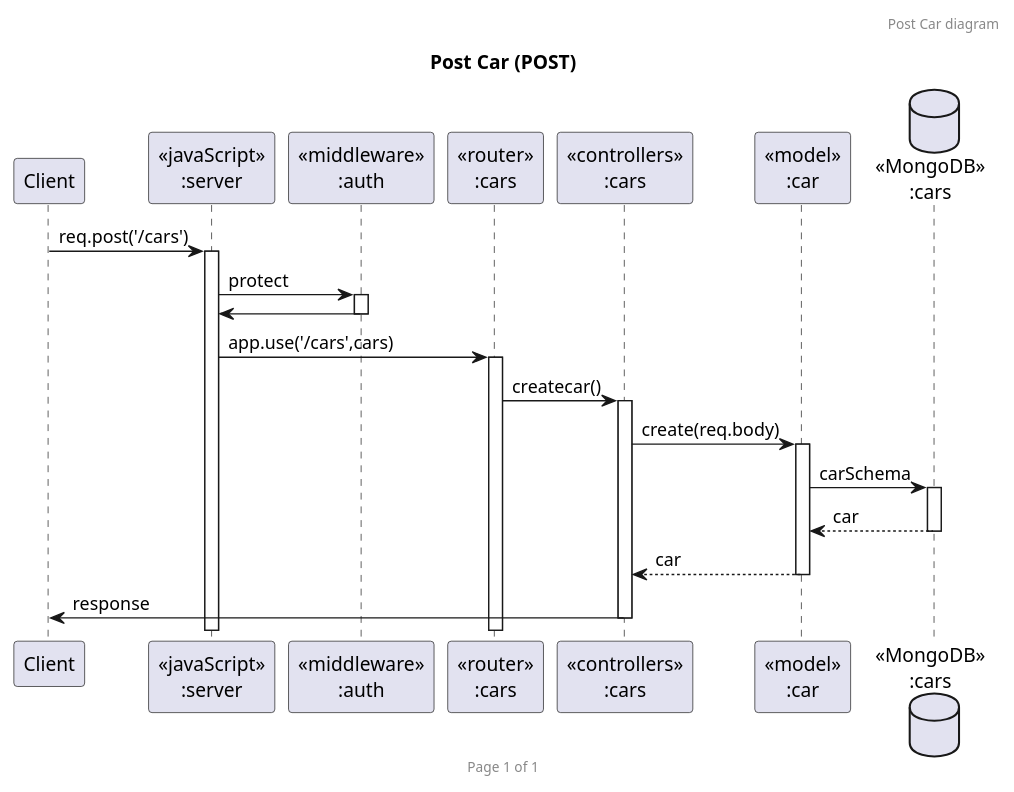
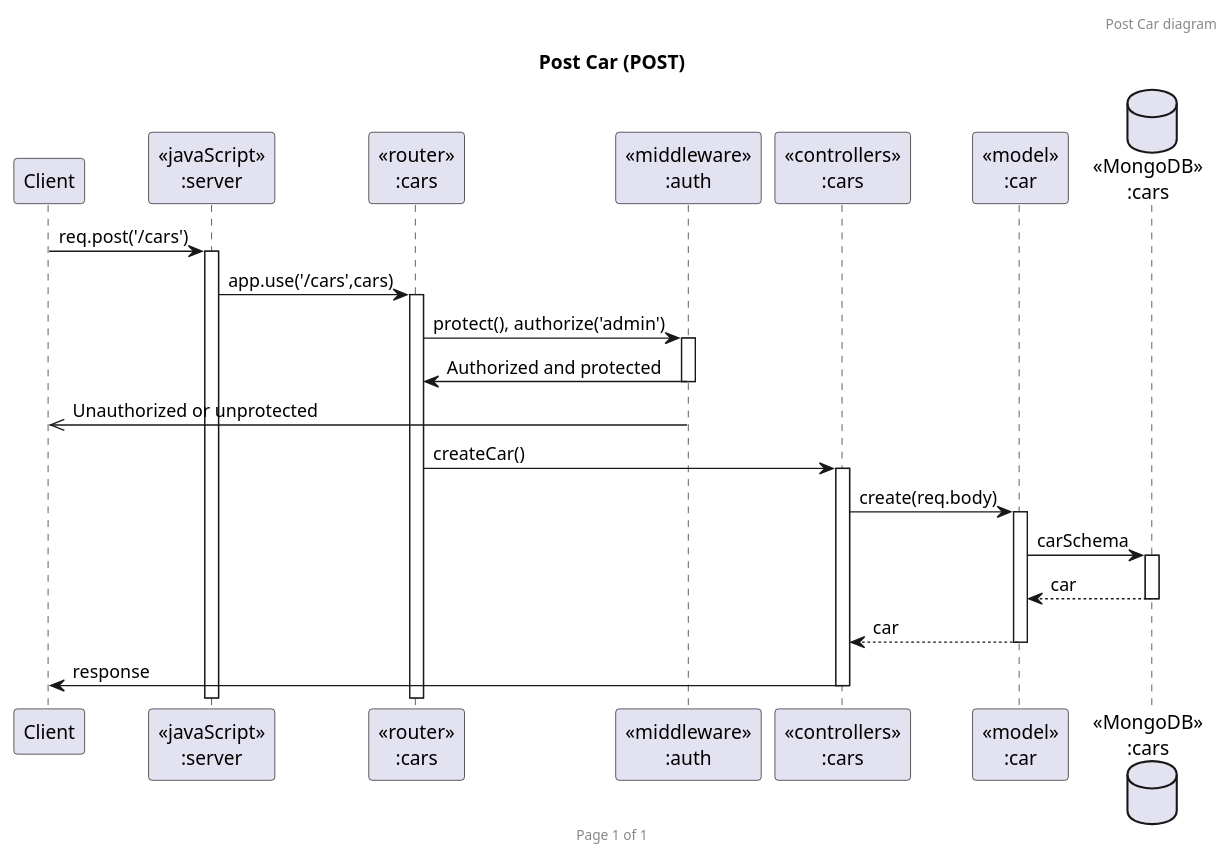
One commit to 2110503TACEDT66/presentation-day-1-samrongsquad changed the diagram in Puml/PostCar.puml. Above: the diagram before and after it, drawn with PlantUML. The commit also changed 9 other files, not shown here.

```diff
--- a/Puml/PostCar.puml
+++ b/Puml/PostCar.puml
@@ -1,26 +1,27 @@
 @startuml Post Car (POST)
 
 header Post Car diagram
 footer Page %page% of %lastpage%
 title "Post Car (POST)"
 
 participant "Client" as client
 participant "<<javaScript>>\n:server" as server
+participant "<<router>>\n:cars" as routercars
 participant "<<middleware>>\n:auth" as middlewareAuth
-participant "<<router>>\n:cars" as routercars
 participant "<<controllers>>\n:cars" as controllerscars
 participant "<<model>>\n:car" as modelcar
 database "<<MongoDB>>\n:cars" as carsDatabase
 
 client->server ++:req.post('/cars')
-server->middlewareAuth ++: protect
-middlewareAuth -> server --:
 server->routercars ++:app.use('/cars',cars)
-routercars -> controllerscars ++:createcar()
+routercars->middlewareAuth ++: protect(), authorize('admin')
+middlewareAuth->routercars --: Authorized and protected
+middlewareAuth ->> client --: Unauthorized or unprotected
+routercars -> controllerscars ++:createCar()
 controllerscars->modelcar ++:create(req.body)
 modelcar ->carsDatabase ++: carSchema
 carsDatabase --> modelcar --: car
 controllerscars <-- modelcar --:car
 controllerscars->client --:response
 
 @enduml
```
